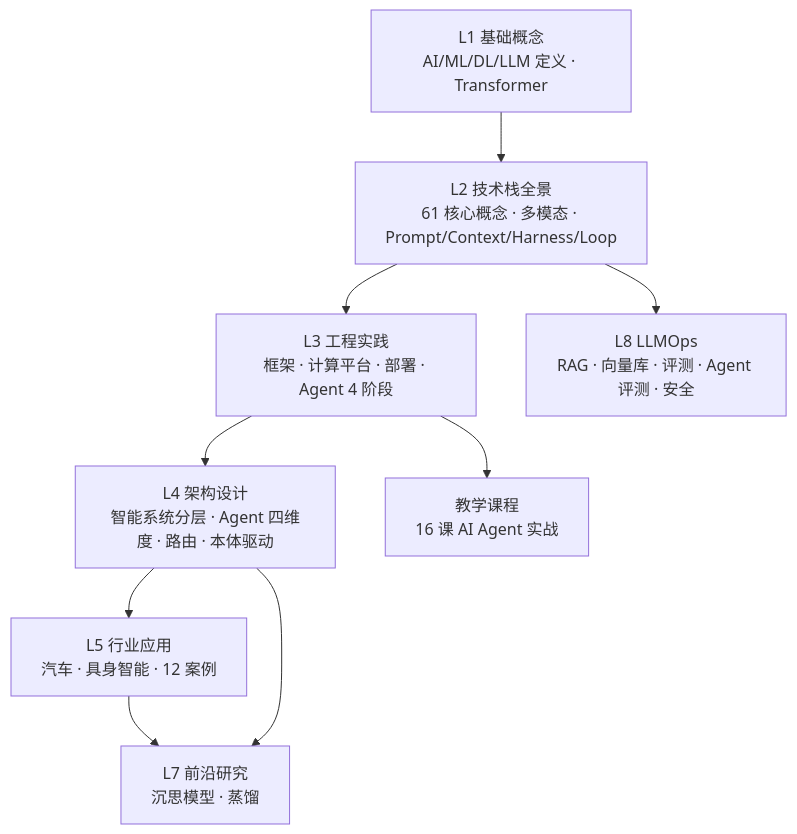
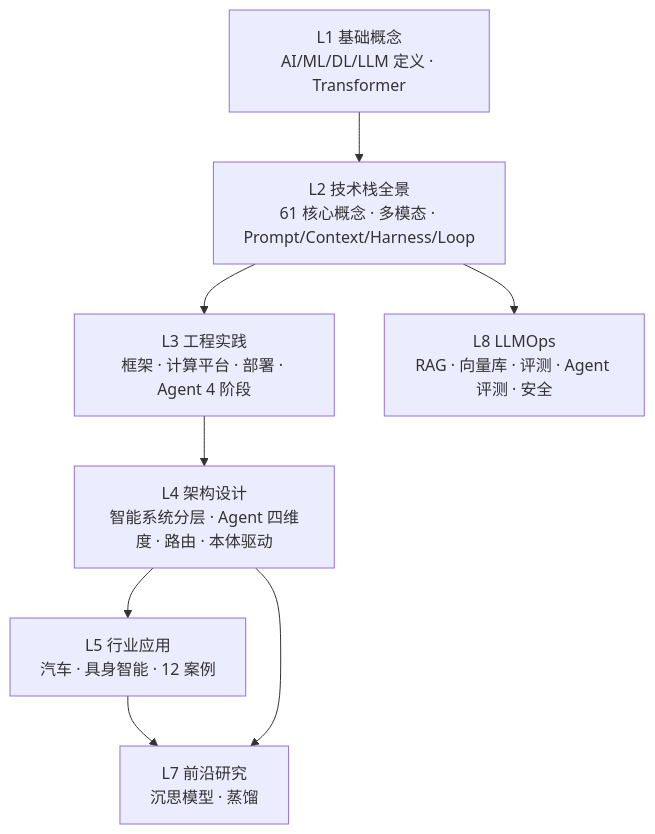
Before and after one commit to wb04307201/wb04307201: the diagram in note/11.ai/README.md, drawn with Mermaid. The commit also changed other lines of this file and 33 other files, not shown here.

First line of the commit message:
fix(note): 11.ai - P0+P1 修复 — 断链 / 统计 / Mermaid / L6→L7

````diff
--- a/note/11.ai/README.md
+++ b/note/11.ai/README.md
@@ -43,11 +43,10 @@
 ```mermaid
 graph TD
     L1["L1 基础概念<br/>AI/ML/DL/LLM 定义 · Transformer"] --> L2["L2 技术栈全景<br/>61 核心概念 · 多模态 · Prompt/Context/Harness/Loop"]
     L2 --> L3["L3 工程实践<br/>框架 · 计算平台 · 部署 · Agent 4 阶段"]
     L3 --> L4["L4 架构设计<br/>智能系统分层 · Agent 四维度 · 路由 · 本体驱动"]
     L4 --> L5["L5 行业应用<br/>汽车 · 具身智能 · 12 案例"]
     L5 --> L7["L7 前沿研究<br/>沉思模型 · 蒸馏"]
     L4 --> L7
     L2 --> L8["L8 LLMOps<br/>RAG · 向量库 · 评测 · Agent 评测 · 安全"]
-    L3 --> Training["教学课程<br/>16 课 AI Agent 实战"]
 ```
````
